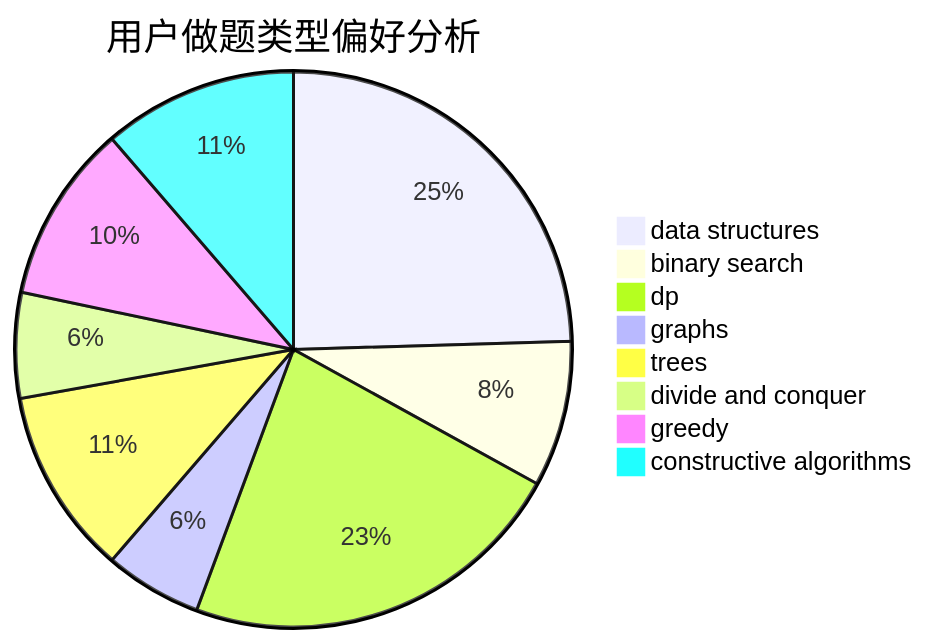
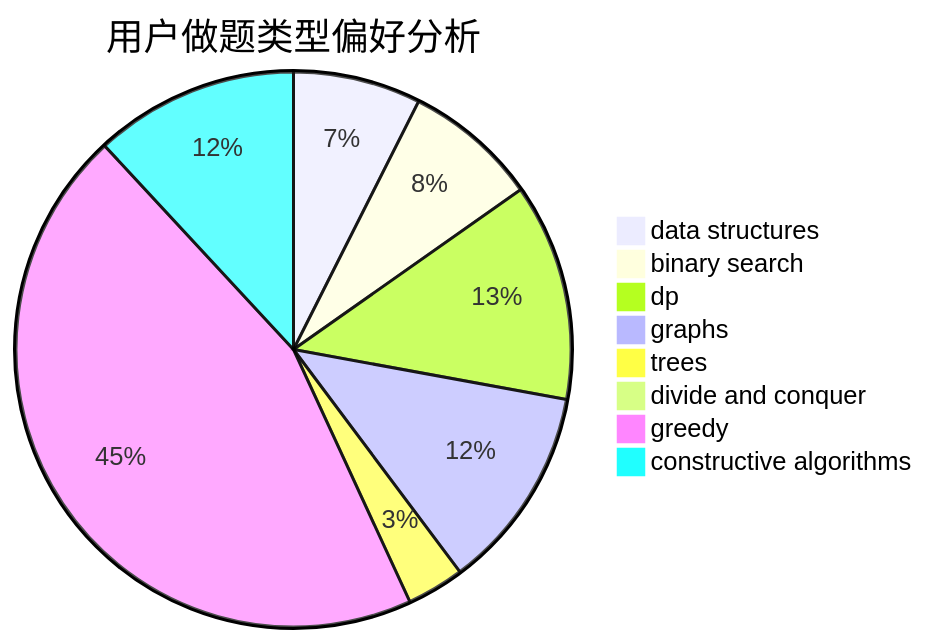
The second of 3 diagrams in docs/user/u2608.md (sherpahu/cfrs.github.io), drawn with Mermaid before and after one commit. The commit also changed other lines of this file and 2770 other files, not shown here.

````diff
--- a/docs/user/u2608.md
+++ b/docs/user/u2608.md
@@ -23,11 +23,11 @@
 ```mermaid
 pie title 用户做题类型偏好分析
-    "data structures" :  52
-    "binary search" :  18
-    "dp" :  48
-    "graphs" :  12
-    "trees" :  23
-    "divide and conquer" :  13
-    "greedy" :  22
-    "constructive algorithms" :  24
+    "data structures" :  20
+    "binary search" :  21
+    "dp" :  34
+    "graphs" :  32
+    "trees" :  9
+    "divide and conquer" :  1
+    "greedy" :  121
+    "constructive algorithms" :  32
 ```
````
